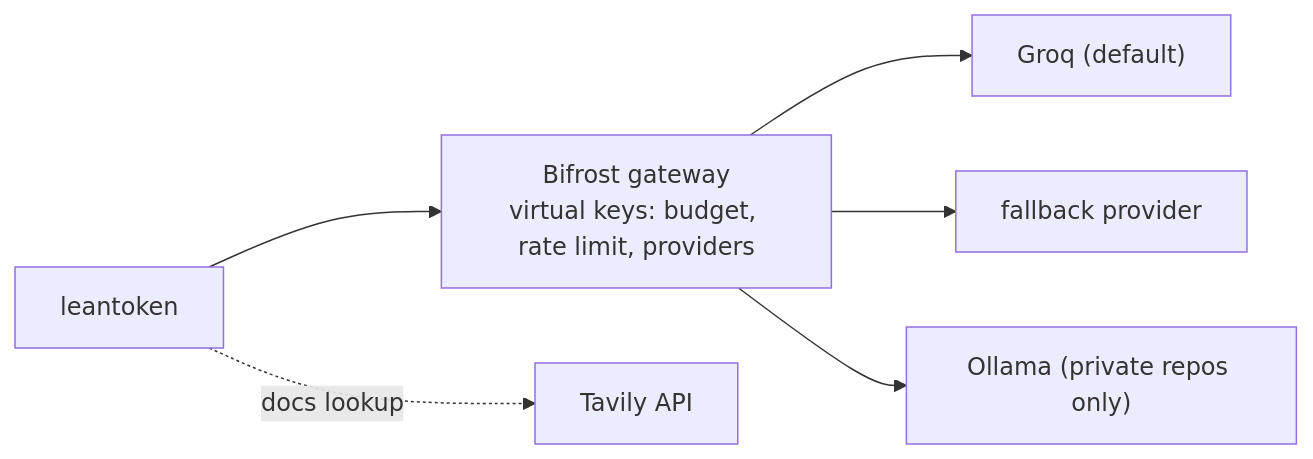
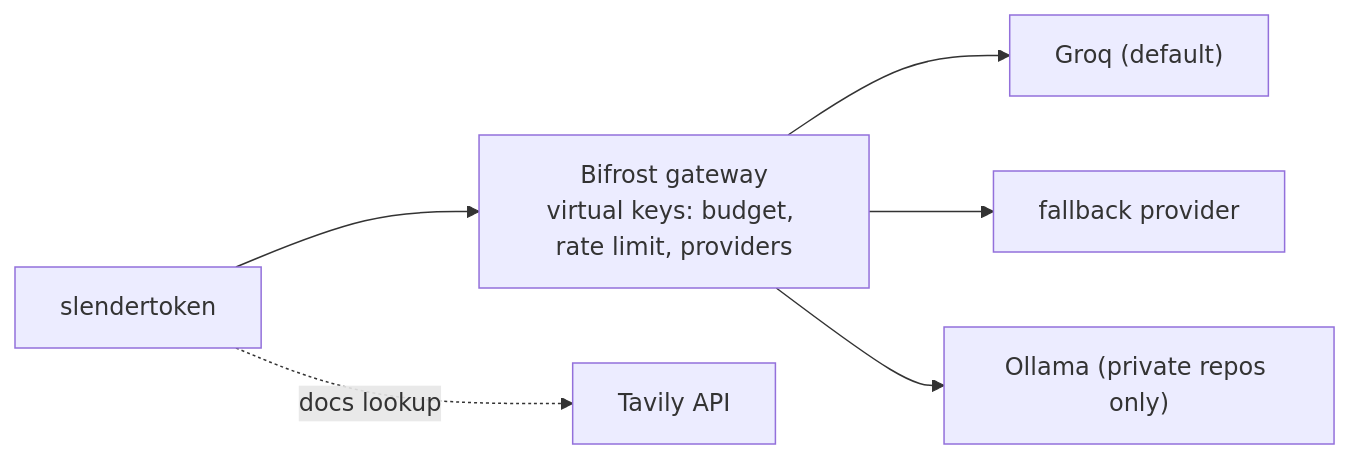
One commit to Ani07-05/leantoken changed the diagram in README.md. Above: the diagram before and after it, drawn with Mermaid. The commit also changed other lines of this file, not shown here.

````diff
--- a/README.md
+++ b/README.md
@@ -56,8 +64,8 @@
 ```mermaid
 flowchart LR
-    CLI["leantoken"] --> BF["Bifrost gateway<br/>virtual keys: budget, rate limit, providers"]
+    CLI["slendertoken"] --> BF["Bifrost gateway<br/>virtual keys: budget, rate limit, providers"]
     BF --> G["Groq (default)"]
     BF --> F["fallback provider"]
     BF --> O["Ollama (private repos only)"]
     CLI -. "docs lookup" .-> T["Tavily API"]
 ```
````
